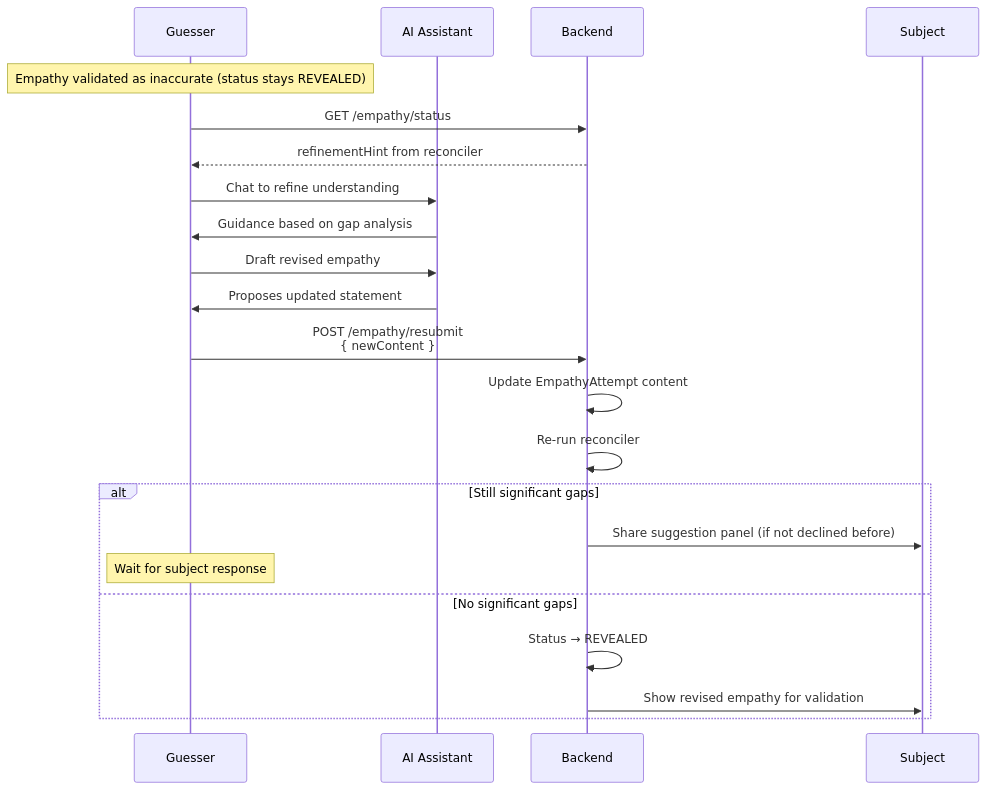
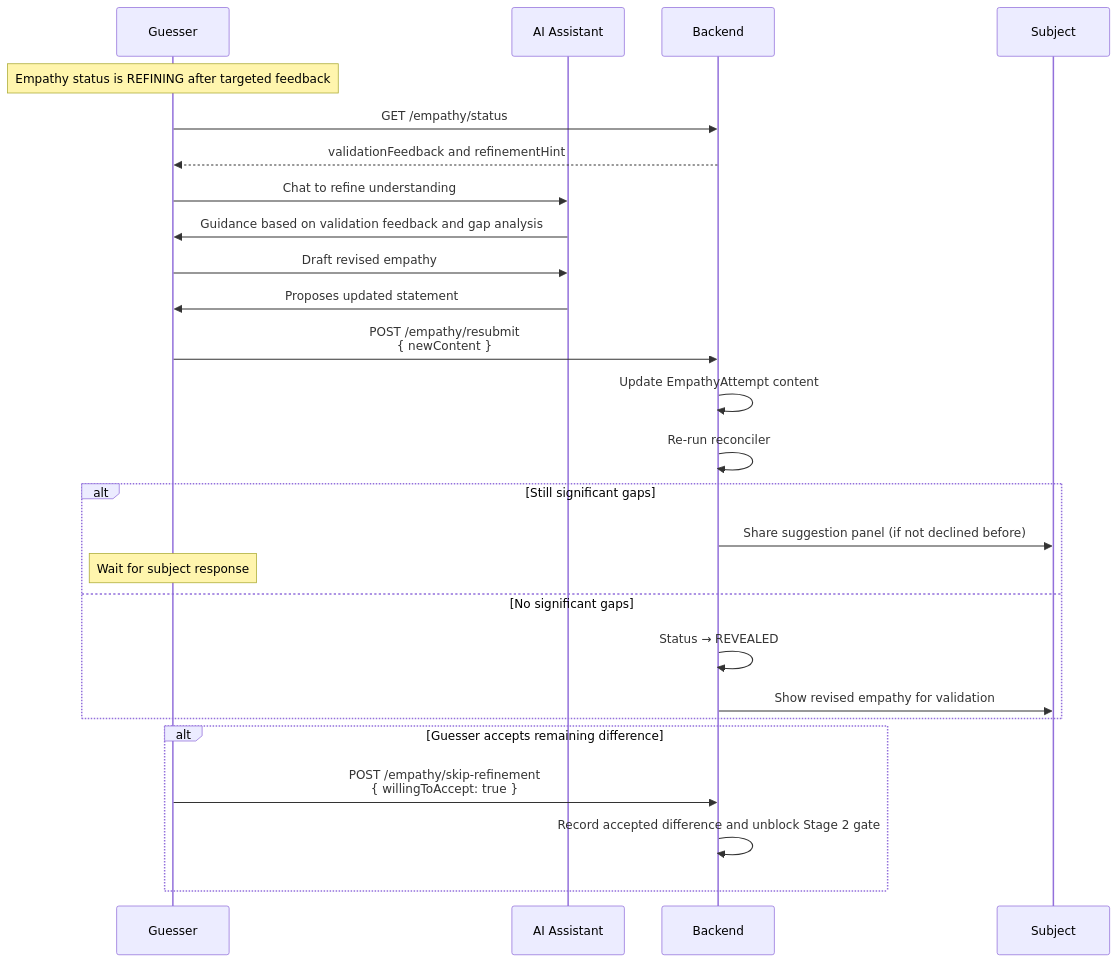
Before and after one commit to shantamg/meet-without-fear: the seventh of 8 diagrams in docs/backend/reconciler-flow.md, drawn with Mermaid. The commit also changed other lines of this file and 17 other files, not shown here.

````diff
--- a/docs/backend/reconciler-flow.md
+++ b/docs/backend/reconciler-flow.md
@@ -286,31 +289,36 @@
 ```mermaid
 sequenceDiagram
     participant G as Guesser
     participant AI as AI Assistant
     participant API as Backend
     participant Sub as Subject
 
-    Note over G: Empathy validated as inaccurate (status stays REVEALED)
+    Note over G: Empathy status is REFINING after targeted feedback
 
     G->>API: GET /empathy/status
-    API-->>G: refinementHint from reconciler
+    API-->>G: validationFeedback and refinementHint
 
     G->>AI: Chat to refine understanding
-    AI->>G: Guidance based on gap analysis
+    AI->>G: Guidance based on validation feedback and gap analysis
 
     G->>AI: Draft revised empathy
     AI->>G: Proposes updated statement
 
     G->>API: POST /empathy/resubmit<br/>{ newContent }
 
     API->>API: Update EmpathyAttempt content
     API->>API: Re-run reconciler
 
     alt Still significant gaps
         API->>Sub: Share suggestion panel (if not declined before)
         Note over G: Wait for subject response
     else No significant gaps
         API->>API: Status → REVEALED
         API->>Sub: Show revised empathy for validation
     end
+
+    alt Guesser accepts remaining difference
+        G->>API: POST /empathy/skip-refinement<br/>{ willingToAccept: true }
+        API->>API: Record accepted difference and unblock Stage 2 gate
+    end
 ```
````
